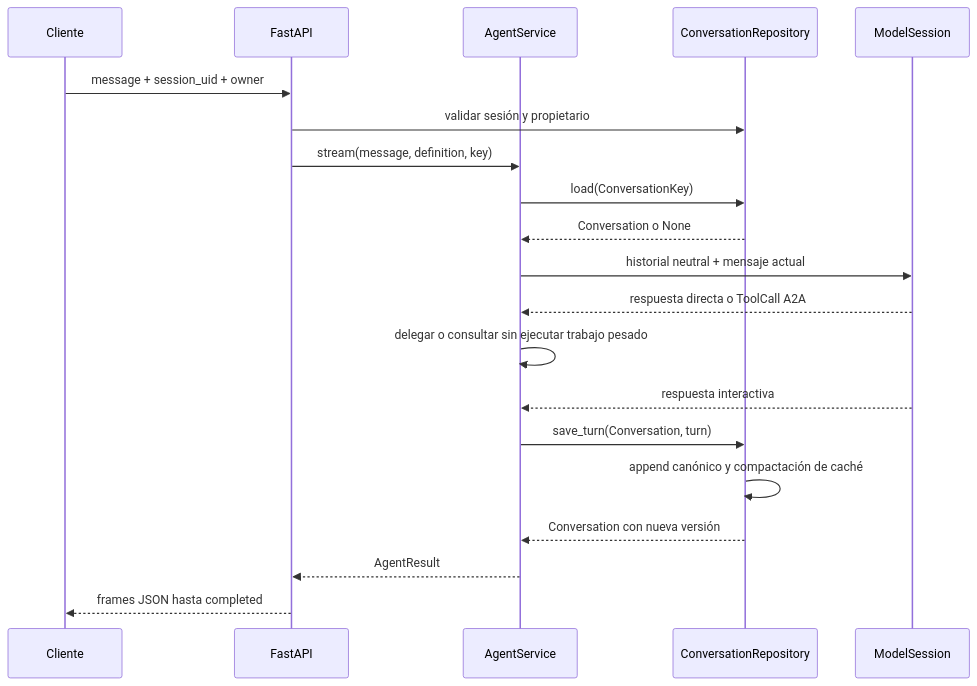
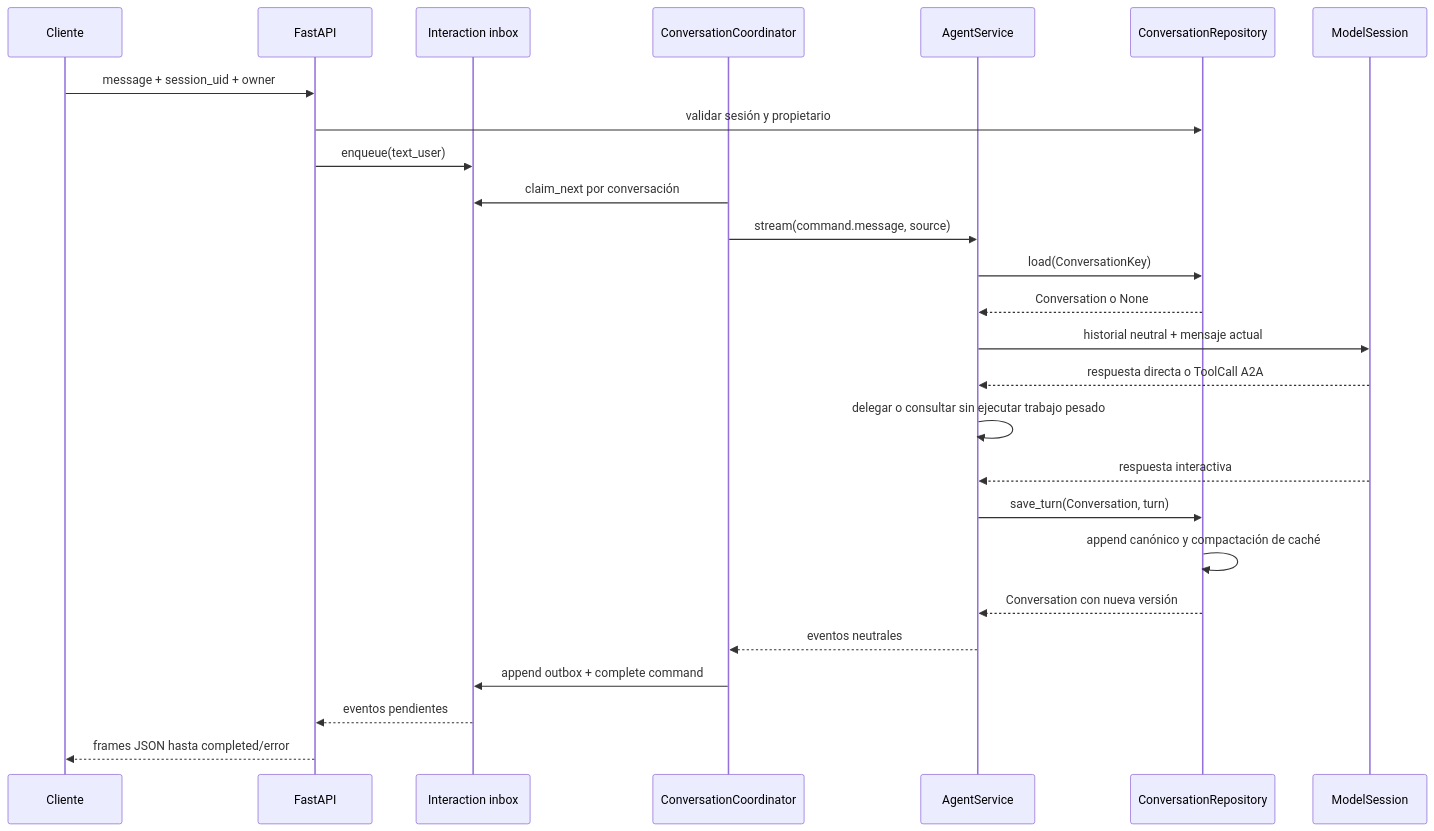
The second of 2 diagrams in README.md (SergioReyesM24/TesseraFlow), drawn with Mermaid before and after one commit. The commit also changed other lines of this file and 27 other files, not shown here.

````diff
--- a/README.md
+++ b/README.md
@@ -234,23 +253,29 @@
 ```mermaid
 sequenceDiagram
     participant C as Cliente
     participant A as FastAPI
+    participant I as Interaction inbox
+    participant K as ConversationCoordinator
     participant S as AgentService
     participant R as ConversationRepository
     participant M as ModelSession
 
     C->>A: message + session_uid + owner
     A->>R: validar sesión y propietario
-    A->>S: stream(message, definition, key)
+    A->>I: enqueue(text_user)
+    K->>I: claim_next por conversación
+    K->>S: stream(command.message, source)
     S->>R: load(ConversationKey)
     R-->>S: Conversation o None
     S->>M: historial neutral + mensaje actual
     M-->>S: respuesta directa o ToolCall A2A
     S->>S: delegar o consultar sin ejecutar trabajo pesado
     M-->>S: respuesta interactiva
     S->>R: save_turn(Conversation, turn)
     R->>R: append canónico y compactación de caché
     R-->>S: Conversation con nueva versión
-    S-->>A: AgentResult
-    A-->>C: frames JSON hasta completed
+    S-->>K: eventos neutrales
+    K->>I: append outbox + complete command
+    I-->>A: eventos pendientes
+    A-->>C: frames JSON hasta completed/error
 ```
````
